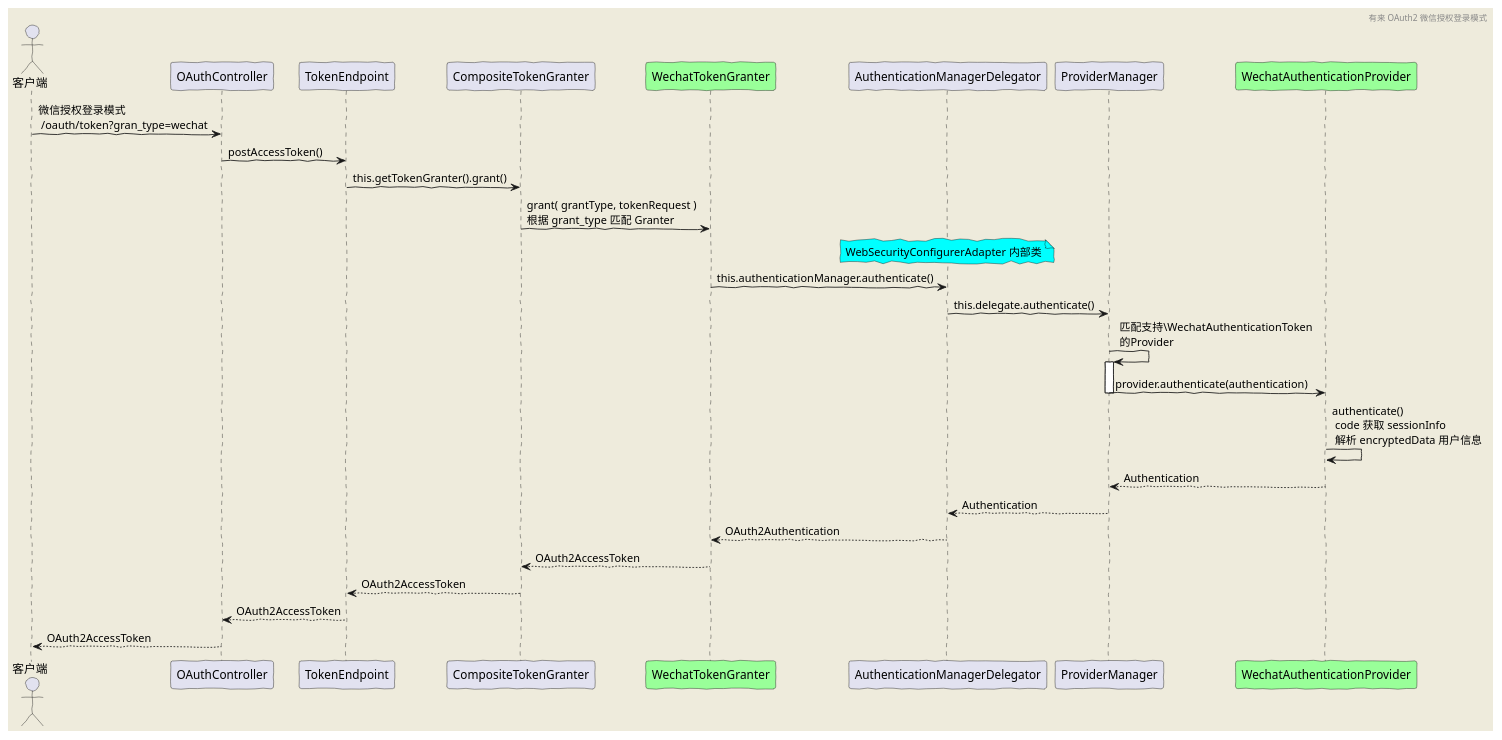
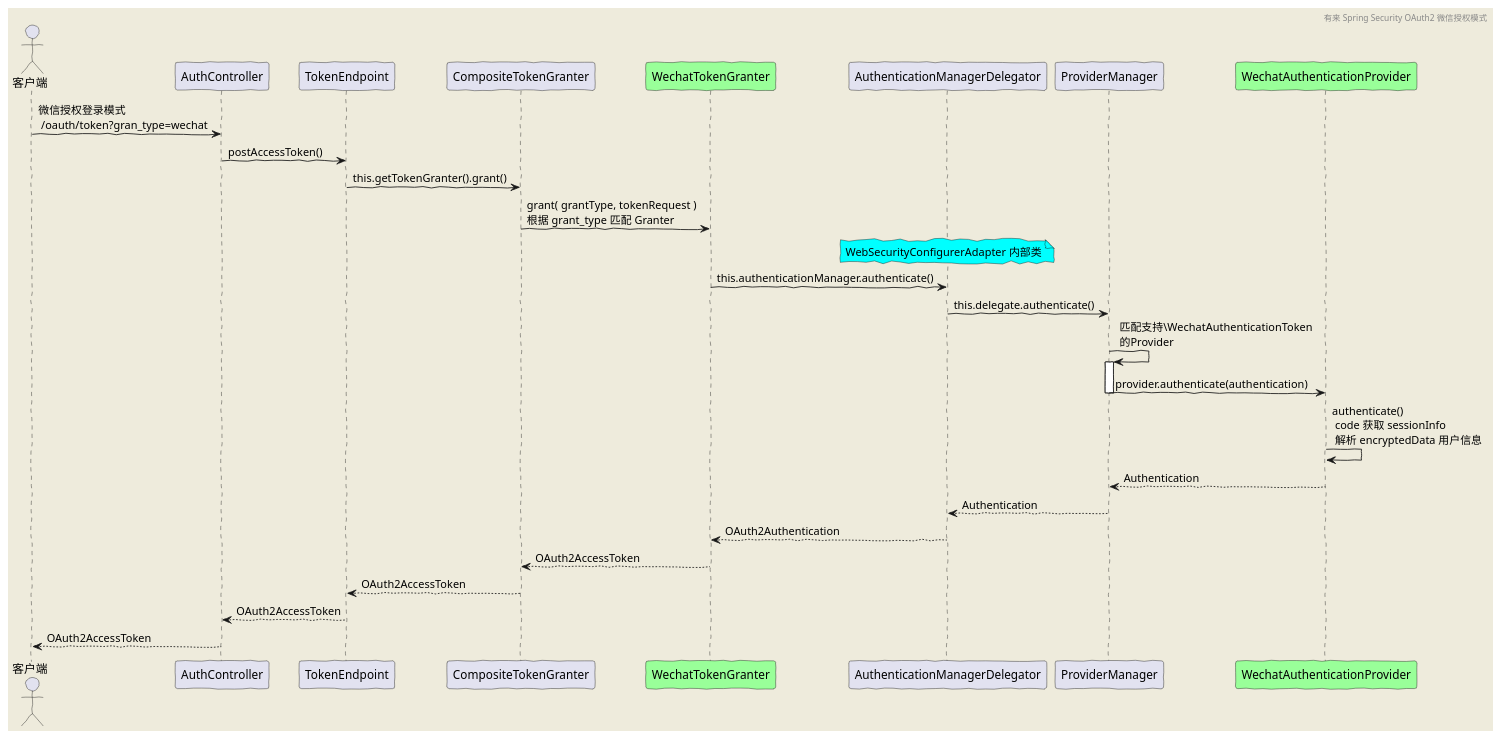
The diagram in doc/diagram/oauth2/wechat.puml (youlaitech/youlai-mall), drawn with PlantUML before and after one commit. The commit also changed other lines of this file and 6 other files, not shown here.

Commit message:
refactor: Spring Security OAuth2授权模式扩展

```diff
--- a/doc/diagram/oauth2/wechat.puml
+++ b/doc/diagram/oauth2/wechat.puml
@@ -2,36 +2,36 @@
 @startuml
 'https://plantuml.com/sequence-diagram
 skinparam backgroundColor #EEEBDC
 skinparam handwritten true
 
-header 有来 OAuth2 微信授权登录模式
+header 有来 Spring Security OAuth2 微信授权模式
 
 actor 客户端
 
 
-客户端 -> OAuthController: 微信授权登录模式 \n /oauth/token?gran_type=wechat
-OAuthController -> TokenEndpoint: postAccessToken()
+客户端 -> AuthController: 微信授权登录模式 \n /oauth/token?gran_type=wechat
+AuthController -> TokenEndpoint: postAccessToken()
 TokenEndpoint -> CompositeTokenGranter: this.getTokenGranter().grant()
 participant WechatTokenGranter #99FF99
 CompositeTokenGranter->WechatTokenGranter: grant( grantType, tokenRequest )\n根据 grant_type 匹配 Granter
 note over of AuthenticationManagerDelegator #aqua
 WebSecurityConfigurerAdapter 内部类
 end note
 WechatTokenGranter-> AuthenticationManagerDelegator:this.authenticationManager.authenticate()
 AuthenticationManagerDelegator -> ProviderManager: this.delegate.authenticate()
 ProviderManager -> ProviderManager: 匹配支持\WechatAuthenticationToken\n的Provider
 
 activate ProviderManager
 participant WechatAuthenticationProvider #99FF99
 ProviderManager -> WechatAuthenticationProvider: provider.authenticate(authentication)
 deactivate ProviderManager
 
 WechatAuthenticationProvider -> WechatAuthenticationProvider: authenticate()\n code 获取 sessionInfo \n 解析 encryptedData 用户信息
 ProviderManager <-- WechatAuthenticationProvider: Authentication
 AuthenticationManagerDelegator <-- ProviderManager: Authentication
 WechatTokenGranter <-- AuthenticationManagerDelegator: OAuth2Authentication
 CompositeTokenGranter <-- WechatTokenGranter: OAuth2AccessToken
 TokenEndpoint <-- CompositeTokenGranter:OAuth2AccessToken
-OAuthController <-- TokenEndpoint:OAuth2AccessToken
-客户端 <-- OAuthController: OAuth2AccessToken
+AuthController <-- TokenEndpoint:OAuth2AccessToken
+客户端 <-- AuthController: OAuth2AccessToken
 @enduml
```
